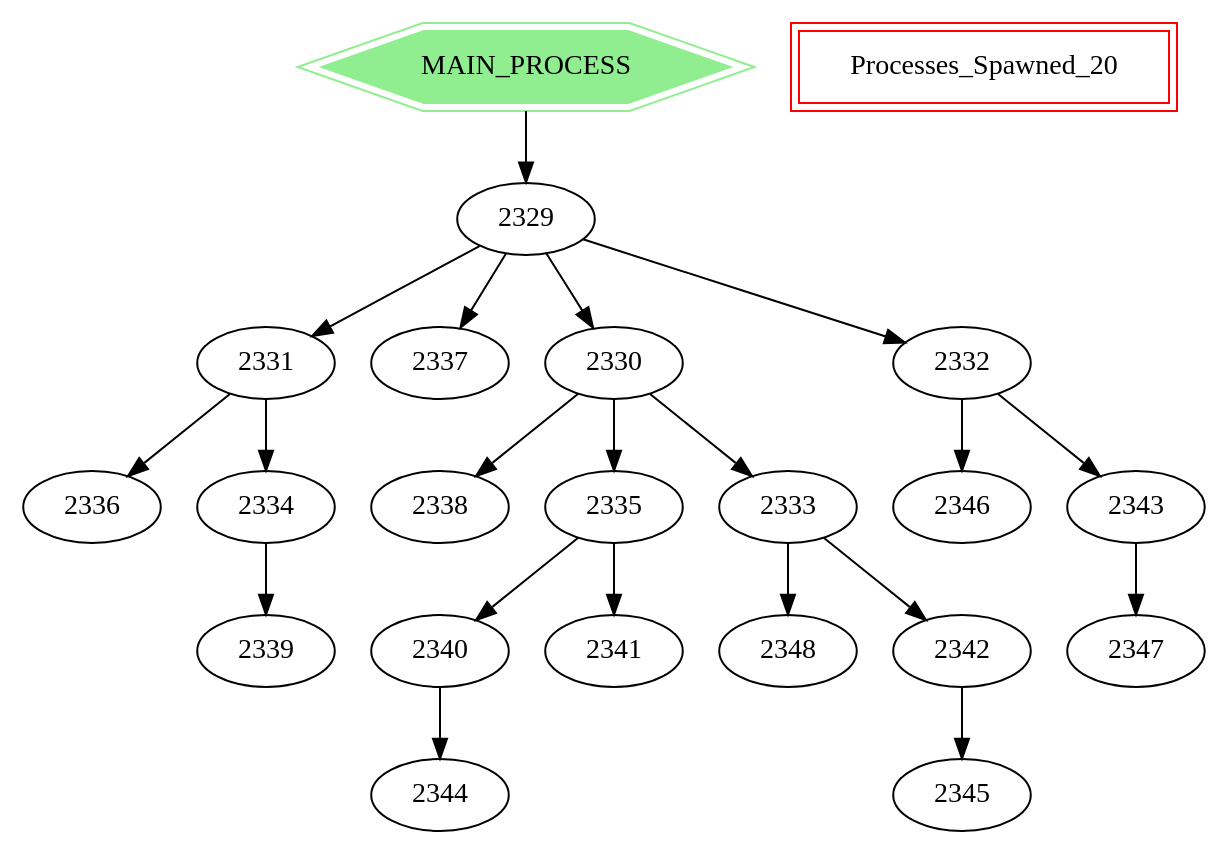
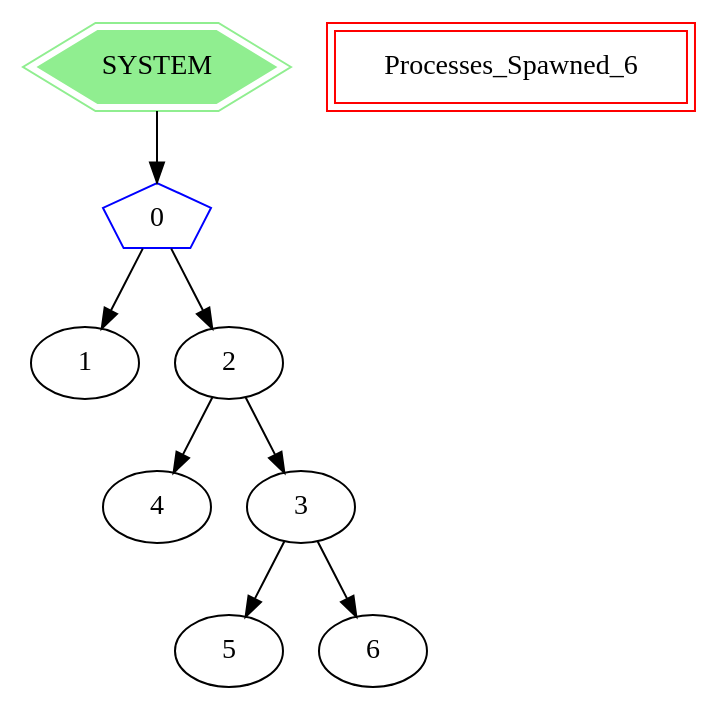
The diagram in dotfile.gv (g-s-k-zoro/ForkTreeVisualizer), drawn with Graphviz before and after one commit. The commit also changed 6 other files, not shown here.

```diff
--- a/dotfile.gv
+++ b/dotfile.gv
@@ -1,24 +1,18 @@
 digraph processTree {
-MAIN_PROCESS->2329;
-2329->2331;
-2329->2337;
-2329->2330;
-2329->2332;
-2330->2338;
-2330->2335;
-2330->2333;
-2331->2336;
-2331->2334;
-2332->2346;
-2332->2343;
-2333->2348;
-2333->2342;
-2334->2339;
-2335->2340;
-2335->2341;
-2340->2344;
-2342->2345;
-2343->2347;
-Processes_Spawned_20 [shape=polygon, sides=4, peripheries=2, color = red];
-MAIN_PROCESS [shape=polygon,sides=6,peripheries=2,color=lightgreen,style=filled]
+SYSTEM->5308;
+5308->5309;
+5308->5310;
+5310->5312;
+5310->5311;
+5311->5313;
+5311->5314;
+5308[label=0, shape=polygon, sides=5, peripheries=1, color = blue];
+5309[label=1];
+5310[label=2];
+5311[label=3];
+5312[label=4];
+5313[label=5];
+5314[label=6];
+Processes_Spawned_6 [shape=polygon, sides=4, peripheries=2, color = red];
+SYSTEM [shape=polygon,sides=6,peripheries=2,color=lightgreen,style=filled]
 }
```
